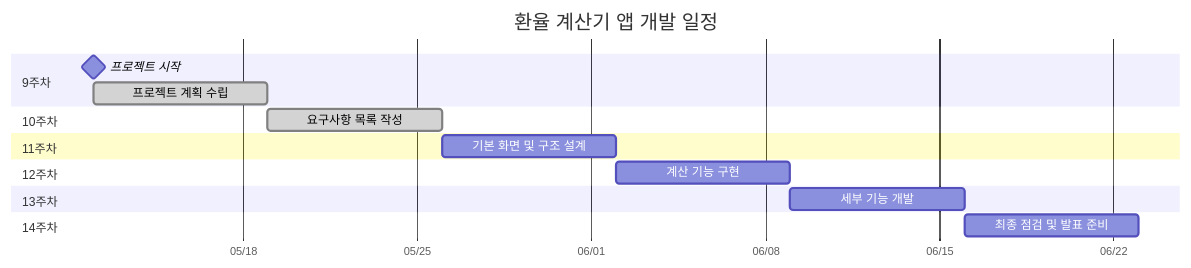
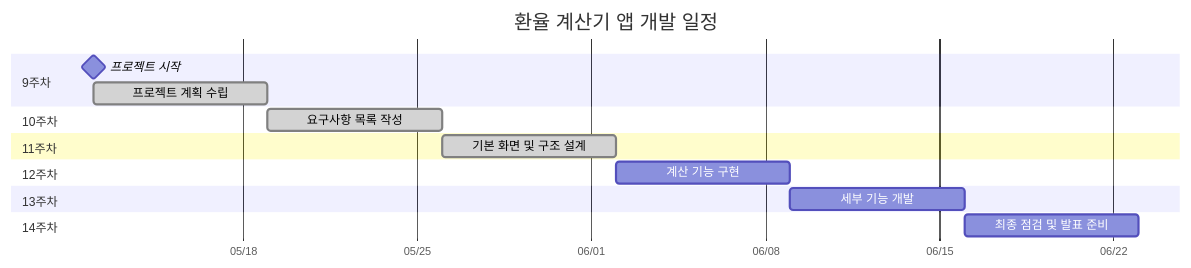
The diagram in 앱 만들어보기/프로젝트 계획서 2.0.md (Park-M-S/Android-learn), drawn with Mermaid before and after one commit.

Commit message:
Update 프로젝트 계획서 2.0.md

````diff
--- a/앱 만들어보기/프로젝트 계획서 2.0.md
+++ b/앱 만들어보기/프로젝트 계획서 2.0.md
@@ -84,24 +84,24 @@
 ```mermaid
 gantt
     title 환율 계산기 앱 개발 일정
     dateFormat  YYYY-MM-DD
     axisFormat  %m/%d
     section 9주차
     프로젝트 시작            :milestone, 2025-05-12, 0d
     프로젝트 계획 수립    :done, plan, 2025-05-12, 7d
     
     section 10주차
     요구사항 목록 작성        :done, setup, 2025-05-19, 7d
     
     section 11주차
-    기본 화면 및 구조 설계    :frame, after setup, 7d
+    기본 화면 및 구조 설계    :done, after setup, 7d
     
     section 12주차
     계산 기능 구현       :calc, after frame, 7d
     
     section 13주차
     세부 기능 개발       :detail, after calc, 7d
     
     section 14주차
     최종 점검 및 발표 준비    :final, after detail, 7d
 ```
````
